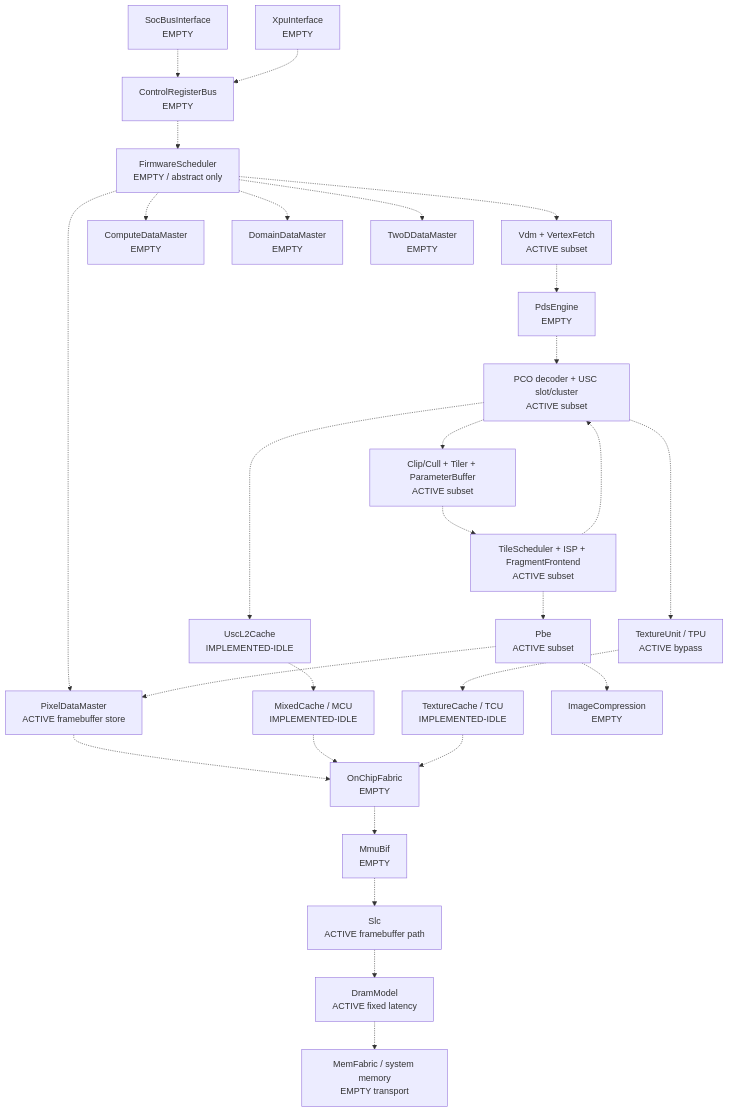
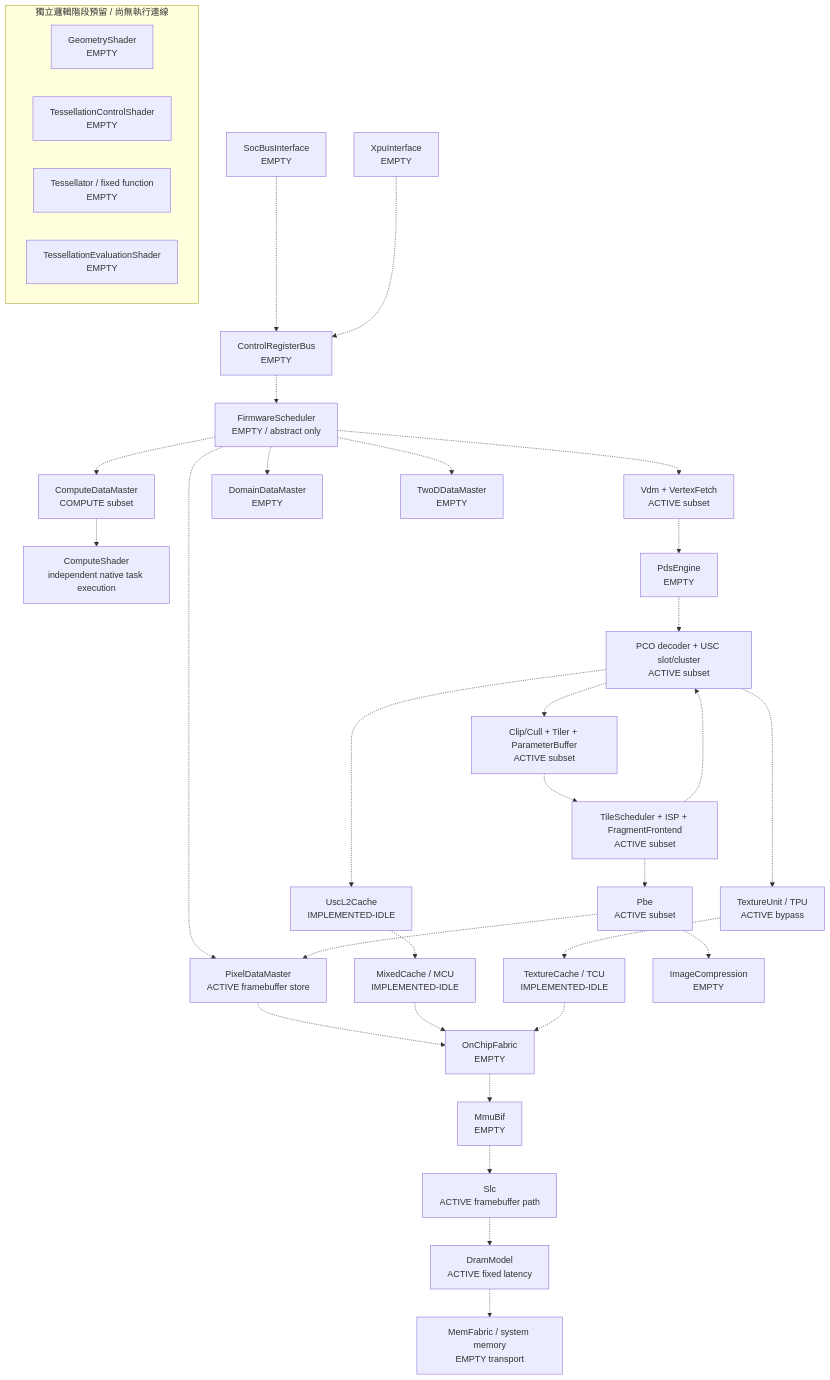
The second of 3 diagrams in PvrGPU.md (cclwylin/PvrGPU), drawn with Mermaid before and after one commit. The commit also changed other lines of this file and 97 other files, not shown here.

First line of the commit message:
Add native compute atomics, MSAA and multisample textures

````diff
--- a/PvrGPU.md
+++ b/PvrGPU.md
@@ -379,32 +379,40 @@
 ```mermaid
 flowchart TB
     SOC[SocBusInterface\nEMPTY] -.-> CRB[ControlRegisterBus\nEMPTY]
     XPU[XpuInterface\nEMPTY] -.-> CRB
     CRB -.-> FW[FirmwareScheduler\nEMPTY / abstract only]
     FW -.-> VDM[Vdm + VertexFetch\nACTIVE subset]
     FW -.-> PDM[PixelDataMaster\nACTIVE framebuffer store]
-    FW -.-> CDM[ComputeDataMaster\nEMPTY]
+    FW -.-> CDM[ComputeDataMaster\nCOMPUTE subset]
+    CDM -.-> CS[ComputeShader\nindependent native task execution]
     FW -.-> DODM[DomainDataMaster\nEMPTY]
     FW -.-> DM2D[TwoDDataMaster\nEMPTY]
+
+    subgraph RESERVED[獨立邏輯階段預留 / 尚無執行連線]
+        GS[GeometryShader\nEMPTY]
+        TCS[TessellationControlShader\nEMPTY]
+        TESS[Tessellator / fixed function\nEMPTY]
+        TES[TessellationEvaluationShader\nEMPTY]
+    end
 
     VDM -.-> PDS[PdsEngine\nEMPTY]
     PDS -.-> USC[PCO decoder + USC slot/cluster\nACTIVE subset]
     USC -.-> GEO[Clip/Cull + Tiler + ParameterBuffer\nACTIVE subset]
     GEO -.-> FRAG[TileScheduler + ISP + FragmentFrontend\nACTIVE subset]
     FRAG -.-> USC
     USC -.-> TPU[TextureUnit / TPU\nACTIVE bypass]
     FRAG -.-> PBE[Pbe\nACTIVE subset]
     PBE -.-> PDM
 
     USC -.-> UL2[UscL2Cache\nIMPLEMENTED-IDLE]
     UL2 -.-> MCU[MixedCache / MCU\nIMPLEMENTED-IDLE]
     TPU -.-> TCU[TextureCache / TCU\nIMPLEMENTED-IDLE]
     PDM -.-> FAB[OnChipFabric\nEMPTY]
     MCU -.-> FAB
     TCU -.-> FAB
     FAB -.-> MMU[MmuBif\nEMPTY]
     MMU -.-> SLC[Slc\nACTIVE framebuffer path]
     SLC -.-> DRAM[DramModel\nACTIVE fixed latency]
     DRAM -.-> MEM[MemFabric / system memory\nEMPTY transport]
     PBE -.-> IC[ImageCompression\nEMPTY]
 ```
````
